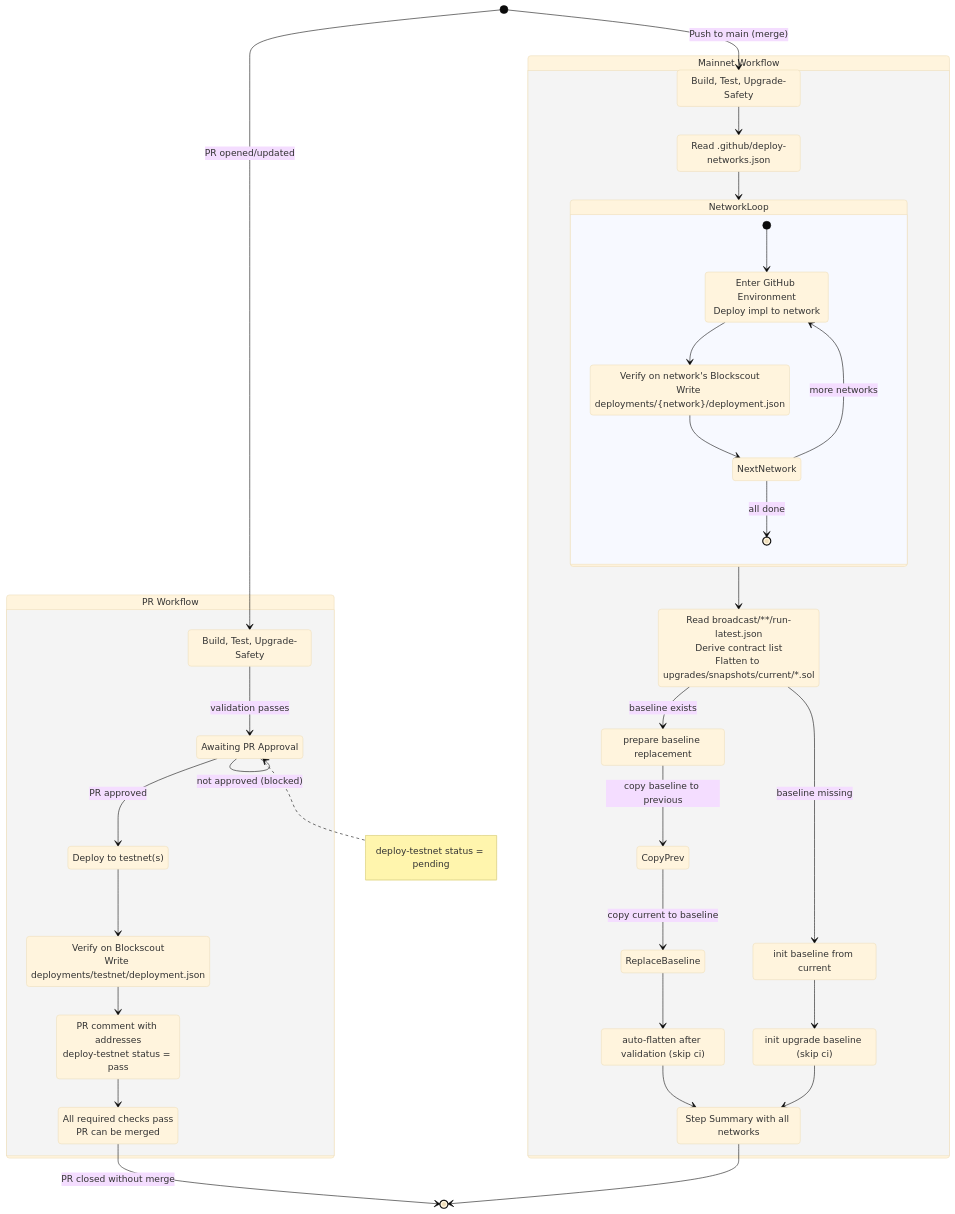
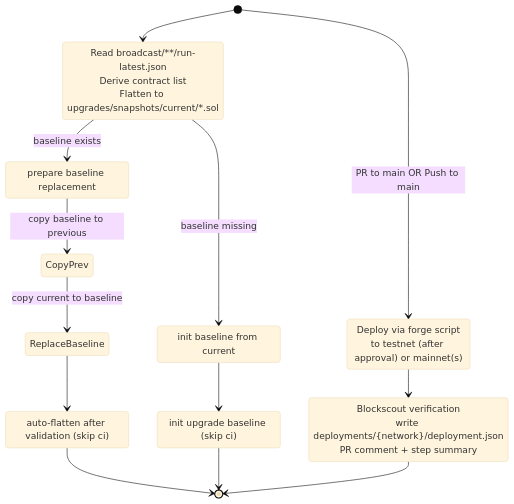
The second of 2 diagrams in docs/specs/ci-cd-automated-deployments.md (BreadchainCoop/etherform), drawn with Mermaid (base theme) before and after one commit. The commit also changed other lines of this file, not shown here.

Commit message:
fix(spec): simplify UML diagrams to match original styling
Remove colored rect boxes and nested composite states that made diagrams
harder to read. Restored simpler flow while keeping new features
(approval gate, multi-mainnet loop, reviewer participant).

🤖 Generated with [Claude Code](https://claude.com/claude-code)

````diff
--- a/docs/specs/ci-cd-automated-deployments.md
+++ b/docs/specs/ci-cd-automated-deployments.md
@@ -475,66 +460,26 @@
 ```mermaid
 stateDiagram-v2
-  [*] --> BuildTest : PR opened/updated
+  [*] --> Flatten
+  [*] --> Deploy : PR to main OR Push to main
 
-  state "PR Workflow" as PRWorkflow {
-    BuildTest: Build, Test, Upgrade-Safety
-    BuildTest --> WaitApproval : validation passes
+  Flatten: Read broadcast/**/run-latest.json<br/>Derive contract list<br/>Flatten to upgrades/snapshots/current/*.sol
+  Flatten --> Promote : baseline exists
+  Flatten --> InitBaseline : baseline missing
 
-    WaitApproval: Awaiting PR Approval
-    note right of WaitApproval: deploy-testnet status = pending
-    WaitApproval --> DeployTestnet : PR approved
-    WaitApproval --> WaitApproval : not approved (blocked)
+  Promote: prepare baseline replacement
+  Promote --> CopyPrev : copy baseline to previous
+  CopyPrev --> ReplaceBaseline : copy current to baseline
+  ReplaceBaseline --> CommitUpdate
+  CommitUpdate: auto-flatten after validation (skip ci)
+  CommitUpdate --> [*]
 
-    DeployTestnet: Deploy to testnet(s)
-    DeployTestnet --> VerifyTestnet
-    VerifyTestnet: Verify on Blockscout<br/>Write deployments/testnet/deployment.json
-    VerifyTestnet --> PRComment
-    PRComment: PR comment with addresses<br/>deploy-testnet status = pass
-    PRComment --> ReadyToMerge
-    ReadyToMerge: All required checks pass<br/>PR can be merged
-  }
+  InitBaseline: init baseline from current
+  InitBaseline --> CommitInit
+  CommitInit: init upgrade baseline (skip ci)
+  CommitInit --> [*]
 
-  ReadyToMerge --> [*] : PR closed without merge
-
-  [*] --> BuildTestMain : Push to main (merge)
-
-  state "Mainnet Workflow" as MainnetWorkflow {
-    BuildTestMain: Build, Test, Upgrade-Safety
-    BuildTestMain --> DeployMainnets
-
-    DeployMainnets: Read .github/deploy-networks.json
-    DeployMainnets --> NetworkLoop
-
-    state NetworkLoop {
-      [*] --> DeployNetwork
-      DeployNetwork: Enter GitHub Environment<br/>Deploy impl to network
-      DeployNetwork --> VerifyNetwork
-      VerifyNetwork: Verify on network's Blockscout<br/>Write deployments/{network}/deployment.json
-      VerifyNetwork --> NextNetwork
-      NextNetwork --> DeployNetwork : more networks
-      NextNetwork --> [*] : all done
-    }
-
-    NetworkLoop --> Flatten
-
-    Flatten: Read broadcast/**/run-latest.json<br/>Derive contract list<br/>Flatten to upgrades/snapshots/current/*.sol
-    Flatten --> Promote : baseline exists
-    Flatten --> InitBaseline : baseline missing
-
-    Promote: prepare baseline replacement
-    Promote --> CopyPrev : copy baseline to previous
-    CopyPrev --> ReplaceBaseline : copy current to baseline
-    ReplaceBaseline --> CommitUpdate
-    CommitUpdate: auto-flatten after validation (skip ci)
-    CommitUpdate --> Summary
-
-    InitBaseline: init baseline from current
-    InitBaseline --> CommitInit
-    CommitInit: init upgrade baseline (skip ci)
-    CommitInit --> Summary
-
-    Summary: Step Summary with all networks
-  }
-
-  Summary --> [*]
+  Deploy: Deploy via forge script<br/>to testnet (after approval) or mainnet(s)
+  Deploy --> Verify
+  Verify: Blockscout verification<br/>write deployments/{network}/deployment.json<br/>PR comment + step summary
+  Verify --> [*]
 ```
````
